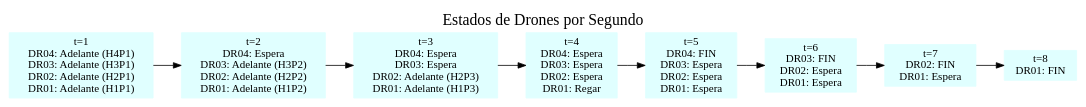
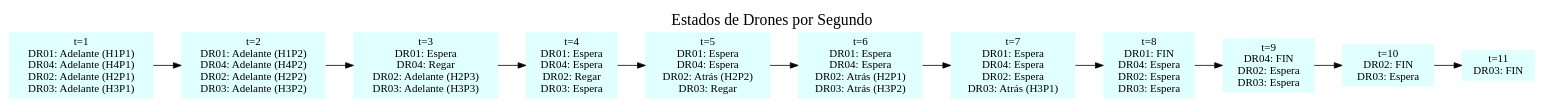
One commit to Guisela-Uni/-IPC2_Proyecto2_202404409 changed the diagram in uploads/entrada_estados.dot. Above: the diagram before and after it, drawn with Graphviz. The commit also changed 12 other files, not shown here.

```diff
--- a/uploads/entrada_estados.dot
+++ b/uploads/entrada_estados.dot
@@ -1,22 +1,28 @@
 digraph EstadosDrones {
   label="Estados de Drones por Segundo";
   labelloc="t";
   fontsize=20;
   node [shape=box, style=filled, color=lightcyan];
   rankdir=LR;
-  "t=1" [label="t=1\nDR04: Adelante (H4P1)\nDR03: Adelante (H3P1)\nDR02: Adelante (H2P1)\nDR01: Adelante (H1P1)"];
-  "t=2" [label="t=2\nDR04: Espera\nDR03: Adelante (H3P2)\nDR02: Adelante (H2P2)\nDR01: Adelante (H1P2)"];
-  "t=3" [label="t=3\nDR04: Espera\nDR03: Espera\nDR02: Adelante (H2P3)\nDR01: Adelante (H1P3)"];
-  "t=4" [label="t=4\nDR04: Espera\nDR03: Espera\nDR02: Espera\nDR01: Regar"];
-  "t=5" [label="t=5\nDR04: FIN\nDR03: Espera\nDR02: Espera\nDR01: Espera"];
-  "t=6" [label="t=6\nDR03: FIN\nDR02: Espera\nDR01: Espera"];
-  "t=7" [label="t=7\nDR02: FIN\nDR01: Espera"];
-  "t=8" [label="t=8\nDR01: FIN"];
+  "t=1" [label="t=1\nDR01: Adelante (H1P1)\nDR04: Adelante (H4P1)\nDR02: Adelante (H2P1)\nDR03: Adelante (H3P1)"];
+  "t=2" [label="t=2\nDR01: Adelante (H1P2)\nDR04: Adelante (H4P2)\nDR02: Adelante (H2P2)\nDR03: Adelante (H3P2)"];
+  "t=3" [label="t=3\nDR01: Espera\nDR04: Regar\nDR02: Adelante (H2P3)\nDR03: Adelante (H3P3)"];
+  "t=4" [label="t=4\nDR01: Espera\nDR04: Espera\nDR02: Regar\nDR03: Espera"];
+  "t=5" [label="t=5\nDR01: Espera\nDR04: Espera\nDR02: Atrás (H2P2)\nDR03: Regar"];
+  "t=6" [label="t=6\nDR01: Espera\nDR04: Espera\nDR02: Atrás (H2P1)\nDR03: Atrás (H3P2)"];
+  "t=7" [label="t=7\nDR01: Espera\nDR04: Espera\nDR02: Espera\nDR03: Atrás (H3P1)"];
+  "t=8" [label="t=8\nDR01: FIN\nDR04: Espera\nDR02: Espera\nDR03: Espera"];
+  "t=9" [label="t=9\nDR04: FIN\nDR02: Espera\nDR03: Espera"];
+  "t=10" [label="t=10\nDR02: FIN\nDR03: Espera"];
+  "t=11" [label="t=11\nDR03: FIN"];
   "t=1" -> "t=2";
   "t=2" -> "t=3";
   "t=3" -> "t=4";
   "t=4" -> "t=5";
   "t=5" -> "t=6";
   "t=6" -> "t=7";
   "t=7" -> "t=8";
+  "t=8" -> "t=9";
+  "t=9" -> "t=10";
+  "t=10" -> "t=11";
 }
```
